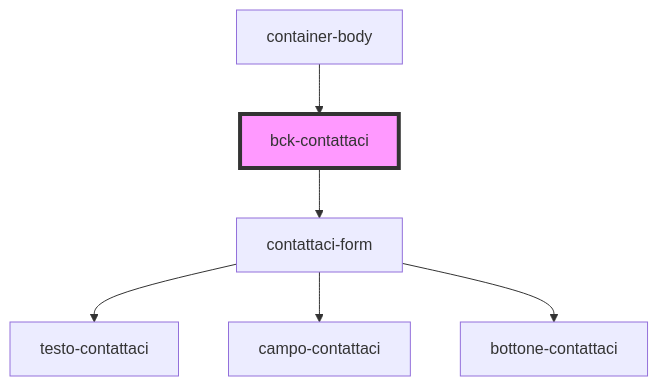
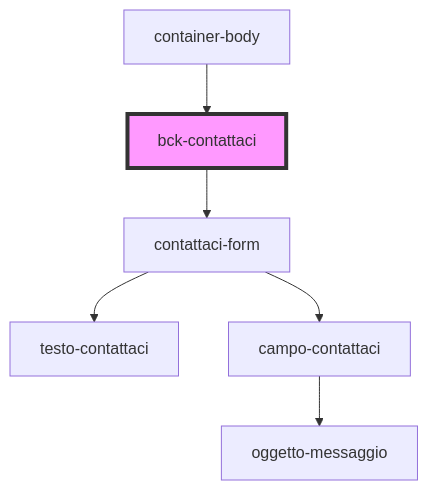
The diagram in project/src/components/bck-contattaci/readme.md (Sarafossati/ACME-Landing-Page), drawn with Mermaid before and after one commit. The commit also changed 24 other files, not shown here.

````diff
--- a/project/src/components/bck-contattaci/readme.md
+++ b/project/src/components/bck-contattaci/readme.md
@@ -19,9 +19,9 @@
 ```mermaid
 graph TD;
   bck-contattaci --> contattaci-form
   contattaci-form --> testo-contattaci
   contattaci-form --> campo-contattaci
-  contattaci-form --> bottone-contattaci
+  campo-contattaci --> oggetto-messaggio
   container-body --> bck-contattaci
   style bck-contattaci fill:#f9f,stroke:#333,stroke-width:4px
 ```
````
